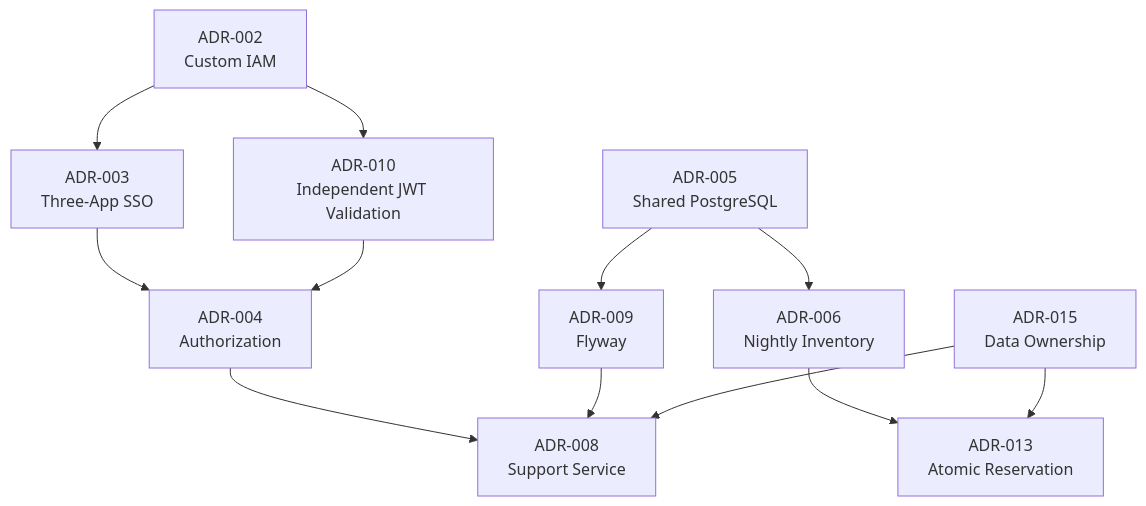
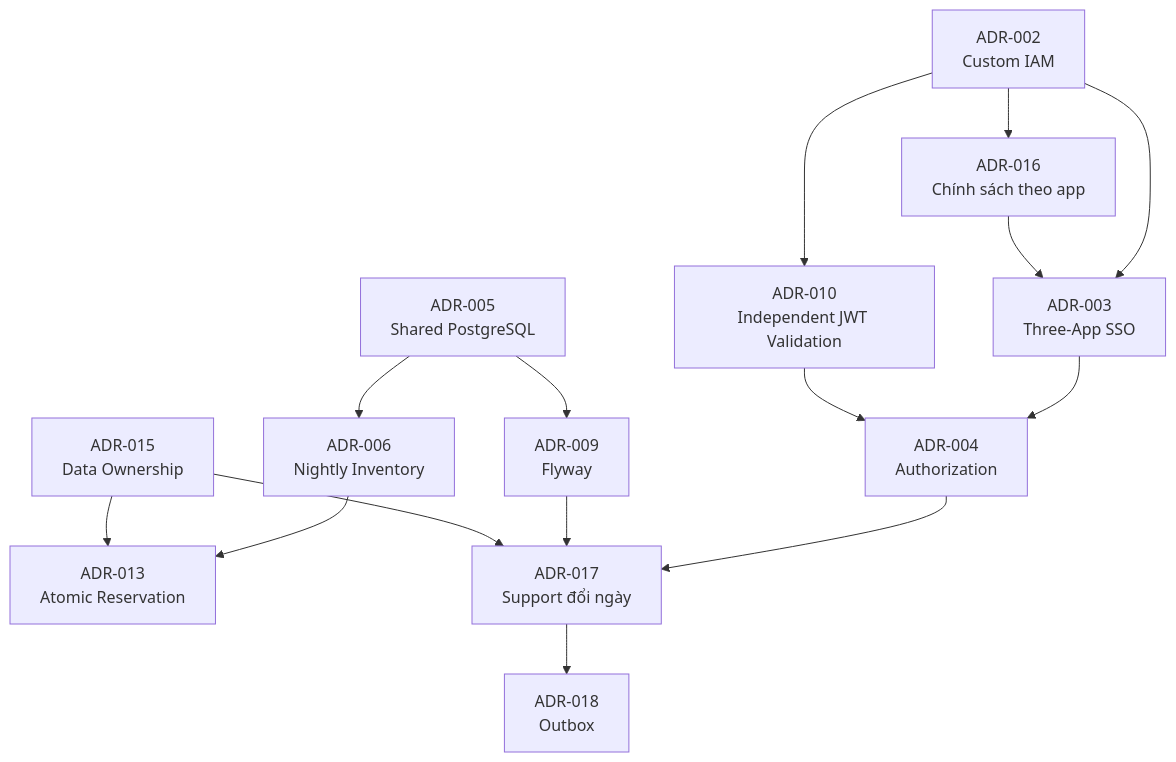
Before and after one commit to oabga/HotelBookingSystem: the second of 2 diagrams in backend/docs/documents/decisions.md, drawn with Mermaid. The commit also changed other lines of this file and 21 other files, not shown here.

````diff
--- a/backend/docs/documents/decisions.md
+++ b/backend/docs/documents/decisions.md
@@ -1508,29 +1298,34 @@
 ```mermaid
 flowchart TD
     A["ADR-002<br/>Custom IAM"]
     B["ADR-003<br/>Three-App SSO"]
     C["ADR-004<br/>Authorization"]
     D["ADR-010<br/>Independent JWT Validation"]
 
     E["ADR-005<br/>Shared PostgreSQL"]
     F["ADR-006<br/>Nightly Inventory"]
     G["ADR-013<br/>Atomic Reservation"]
 
-    H["ADR-008<br/>Support Service"]
+    H["ADR-017<br/>Support đổi ngày"]
+    K["ADR-018<br/>Outbox"]
+    L["ADR-016<br/>Chính sách theo app"]
     I["ADR-009<br/>Flyway"]
     J["ADR-015<br/>Data Ownership"]
 
     A --> B
     A --> D
     B --> C
     D --> C
 
     E --> F
     F --> G
 
     C --> H
     E --> I
     I --> H
     J --> H
     J --> G
+    H --> K
+    A --> L
+    L --> B
 ```
````
